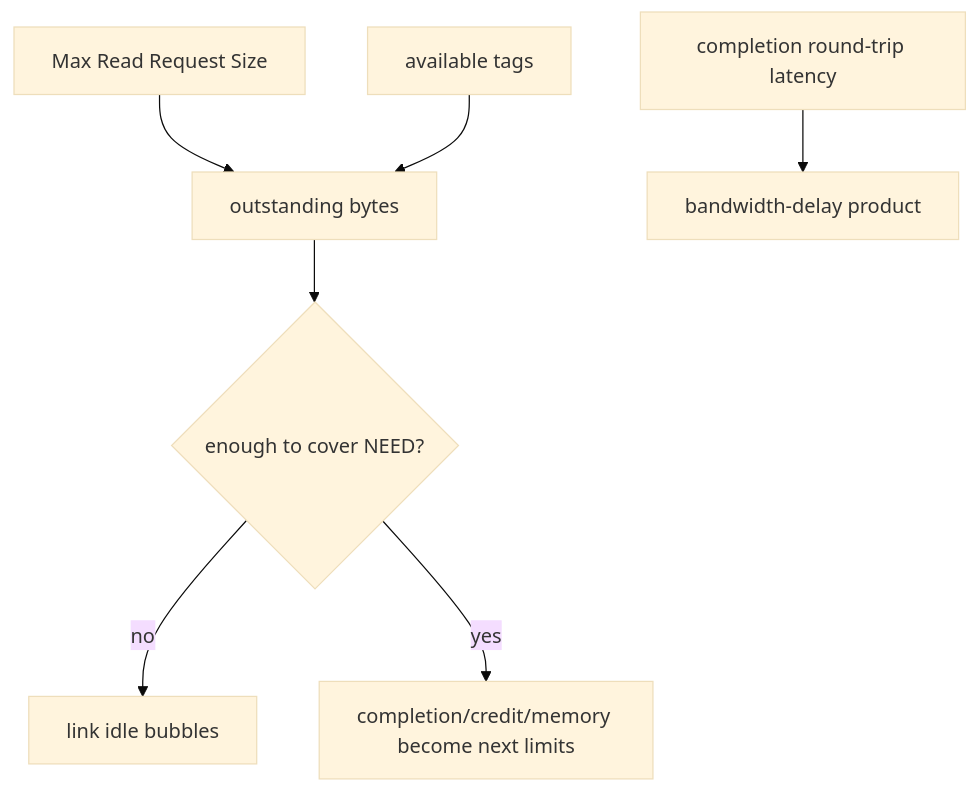
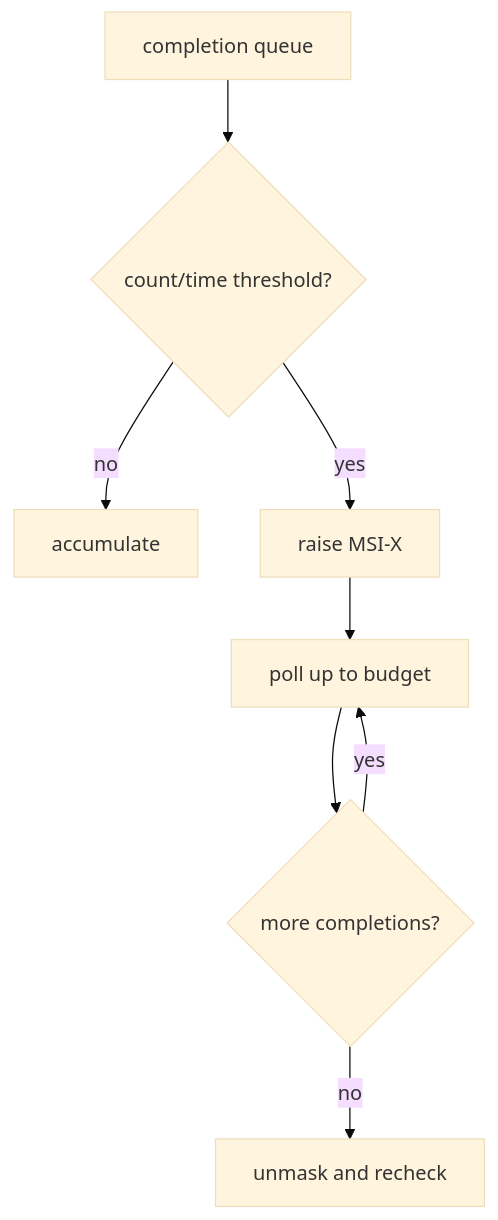
One commit to cdragon-ljl/EEandEdgeAI changed the third of 4 diagrams in docs/articles/pcie/pci-13-performance-tlp-mps-mrrs-credit.md. Above: the diagram before and after it, drawn with Mermaid (base theme). The commit also changed other lines of this file and 4 other files, not shown here.

````diff
--- a/docs/articles/pcie/pci-13-performance-tlp-mps-mrrs-credit.md
+++ b/docs/articles/pcie/pci-13-performance-tlp-mps-mrrs-credit.md
@@ -212,9 +148,10 @@
 ```mermaid
 flowchart TD
-    MRRS[Max Read Request Size] --> OB[outstanding bytes]
-    TAG[available tags] --> OB
-    RTT[completion round-trip latency] --> NEED[bandwidth-delay product]
-    OB --> SAT{enough to cover NEED?}
-    SAT -- no --> BUBBLE[link idle bubbles]
-    SAT -- yes --> COMP[completion/credit/memory become next limits]
+    CQ[completion queue] --> MOD{count/time threshold?}
+    MOD -- no --> ACC[accumulate]
+    MOD -- yes --> IRQ[raise MSI-X]
+    IRQ --> POLL[poll up to budget]
+    POLL --> MORE{more completions?}
+    MORE -- yes --> POLL
+    MORE -- no --> UNMASK[unmask and recheck]
 ```
````
